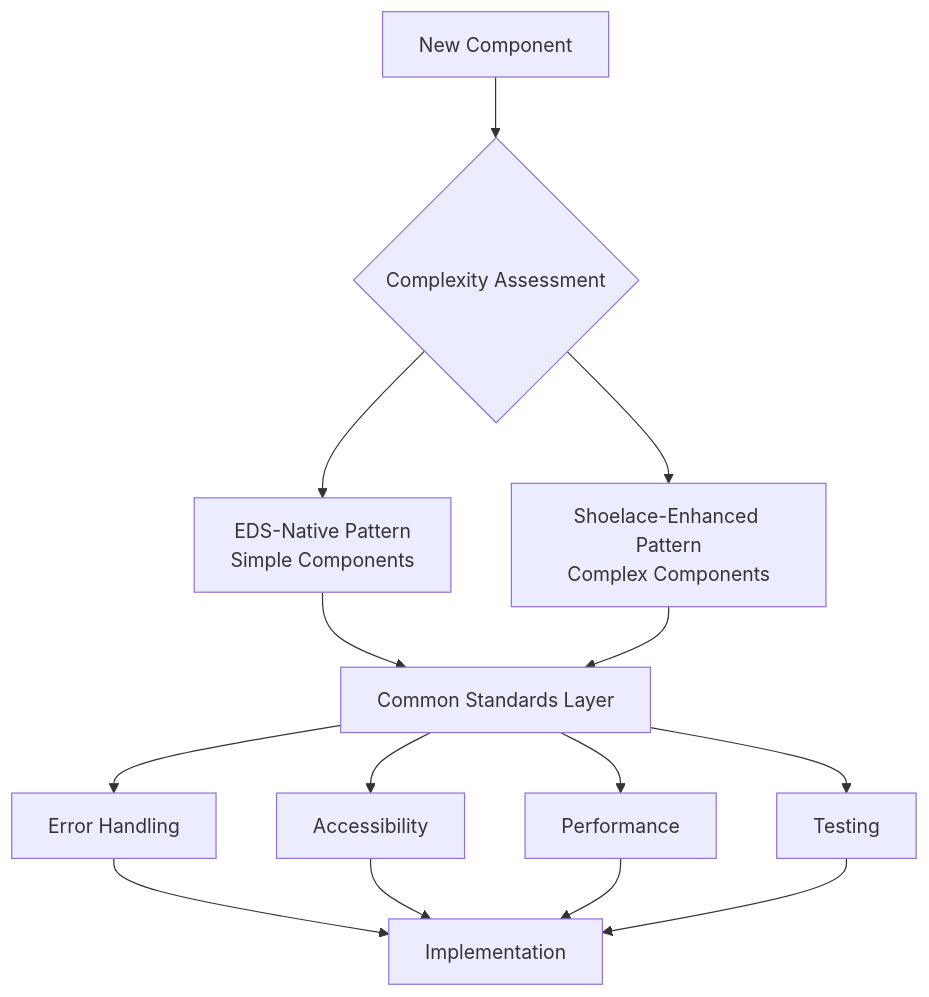
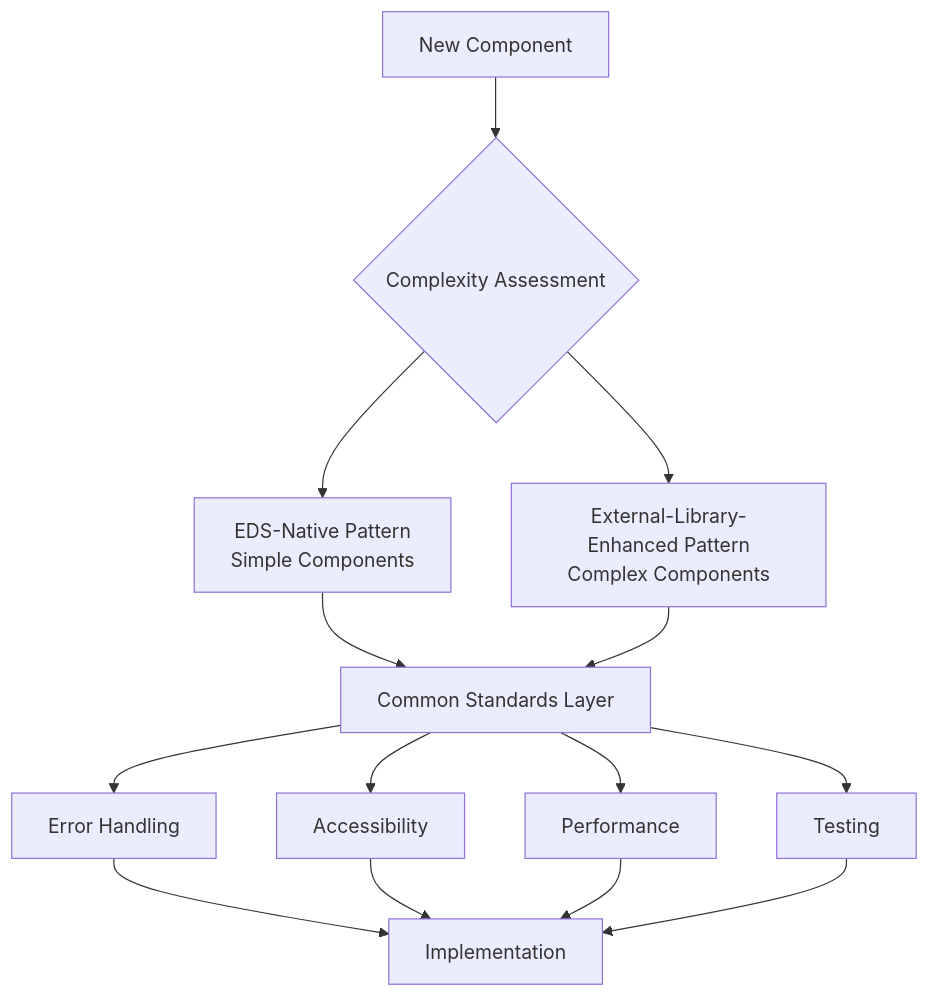
The diagram in docs/for-ai/block-architecture-standards.md (ddttom/webcomponents-with-eds), drawn with Mermaid before and after one commit. The commit also changed other lines of this file, not shown here.

````diff
--- a/docs/for-ai/block-architecture-standards.md
+++ b/docs/for-ai/block-architecture-standards.md
@@ -20,20 +20,20 @@
 ```mermaid
 graph TD
     A[New Component] --> B{Complexity Assessment}
     
     B --> C[EDS-Native Pattern<br/>Simple Components]
-    B --> D[Shoelace-Enhanced Pattern<br/>Complex Components]
+    B --> D[External-Library-Enhanced Pattern<br/>Complex Components]
     
     C --> E[Common Standards Layer]
     D --> E
     
     E --> F[Error Handling]
     E --> G[Accessibility]
     E --> H[Performance]
     E --> I[Testing]
     
     F --> J[Implementation]
     G --> J
     H --> J
     I --> J
 ```
````
